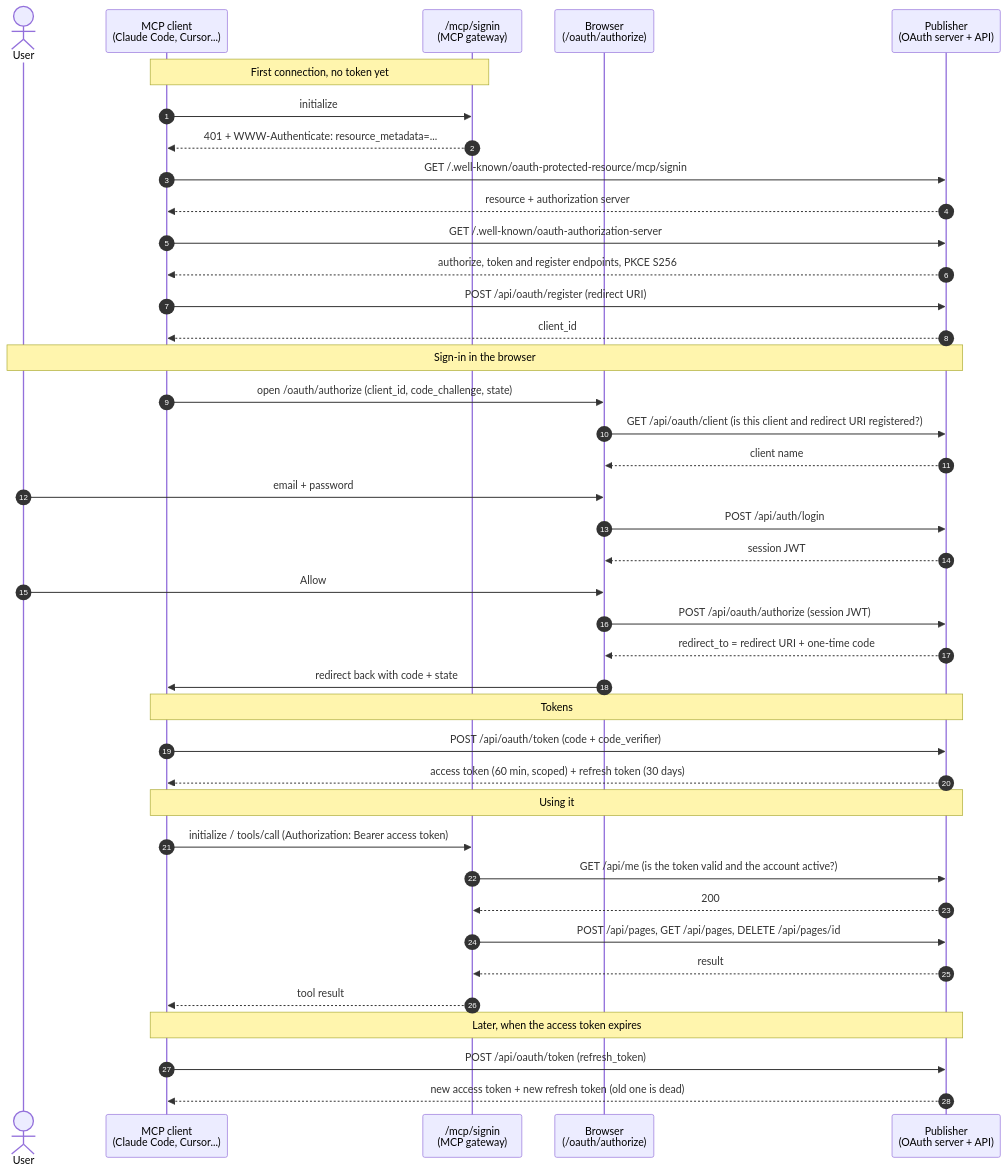
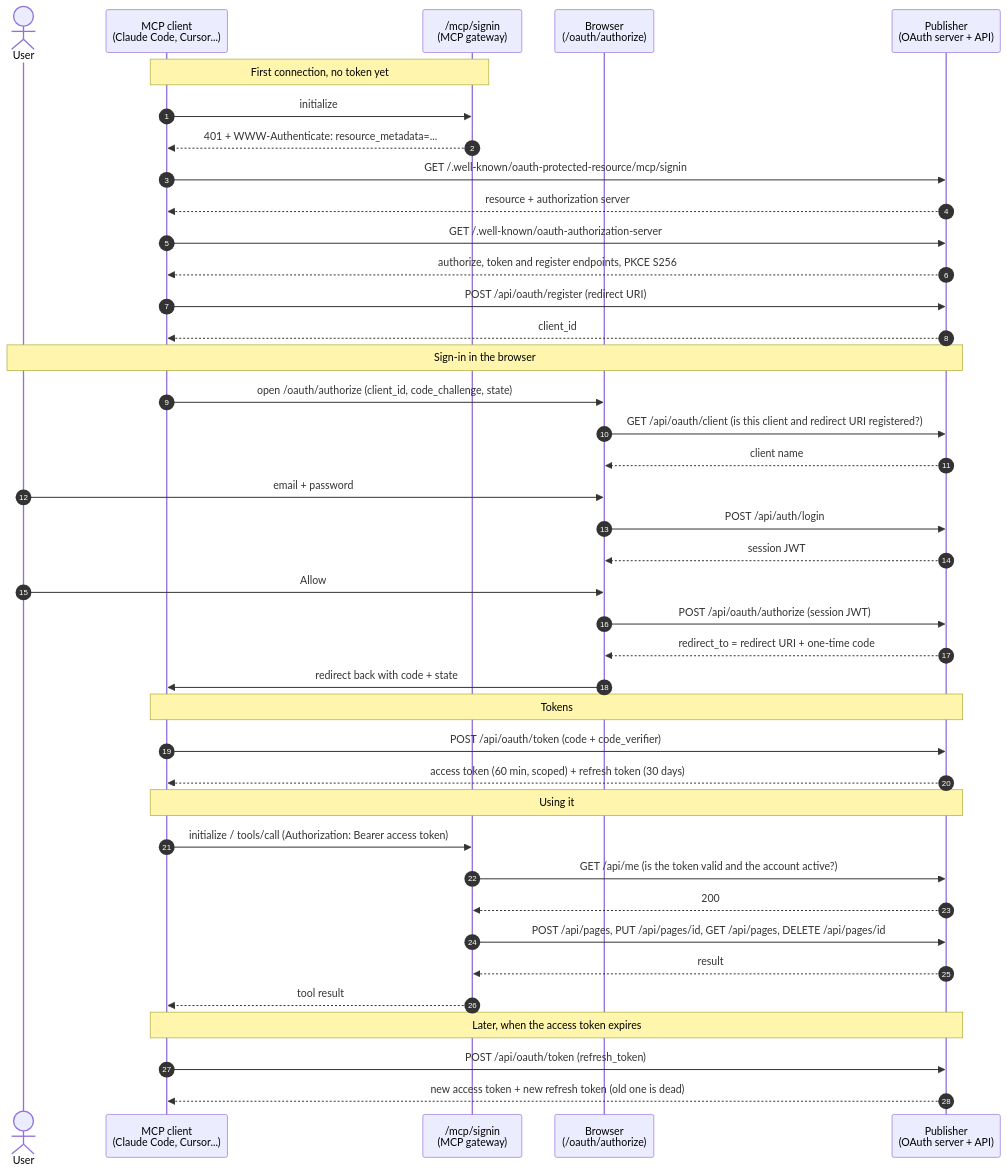
Before and after one commit to rgf2004/pushpage: the diagram in docs/oauth.md, drawn with Mermaid. The commit also changed other lines of this file and 24 other files, not shown here.

First line of the commit message:
Update a published page in place: PUT /api/pages/{id} and update_page MCP tool (#59) (#215)

````diff
--- a/docs/oauth.md
+++ b/docs/oauth.md
@@ -15,47 +15,47 @@
 ```mermaid
 sequenceDiagram
     autonumber
     actor U as User
     participant C as MCP client<br/>(Claude Code, Cursor...)
     participant G as /mcp/signin<br/>(MCP gateway)
     participant B as Browser<br/>(/oauth/authorize)
     participant P as Publisher<br/>(OAuth server + API)
 
     Note over C,G: First connection, no token yet
     C->>G: initialize
     G-->>C: 401 + WWW-Authenticate: resource_metadata=...
     C->>P: GET /.well-known/oauth-protected-resource/mcp/signin
     P-->>C: resource + authorization server
     C->>P: GET /.well-known/oauth-authorization-server
     P-->>C: authorize, token and register endpoints, PKCE S256
     C->>P: POST /api/oauth/register (redirect URI)
     P-->>C: client_id
 
     Note over U,P: Sign-in in the browser
     C->>B: open /oauth/authorize (client_id, code_challenge, state)
     B->>P: GET /api/oauth/client (is this client and redirect URI registered?)
     P-->>B: client name
     U->>B: email + password
     B->>P: POST /api/auth/login
     P-->>B: session JWT
     U->>B: Allow
     B->>P: POST /api/oauth/authorize (session JWT)
     P-->>B: redirect_to = redirect URI + one-time code
     B->>C: redirect back with code + state
 
     Note over C,P: Tokens
     C->>P: POST /api/oauth/token (code + code_verifier)
     P-->>C: access token (60 min, scoped) + refresh token (30 days)
 
     Note over C,P: Using it
     C->>G: initialize / tools/call (Authorization: Bearer access token)
     G->>P: GET /api/me (is the token valid and the account active?)
     P-->>G: 200
-    G->>P: POST /api/pages, GET /api/pages, DELETE /api/pages/id
+    G->>P: POST /api/pages, PUT /api/pages/id, GET /api/pages, DELETE /api/pages/id
     P-->>G: result
     G-->>C: tool result
 
     Note over C,P: Later, when the access token expires
     C->>P: POST /api/oauth/token (refresh_token)
     P-->>C: new access token + new refresh token (old one is dead)
 ```
````
